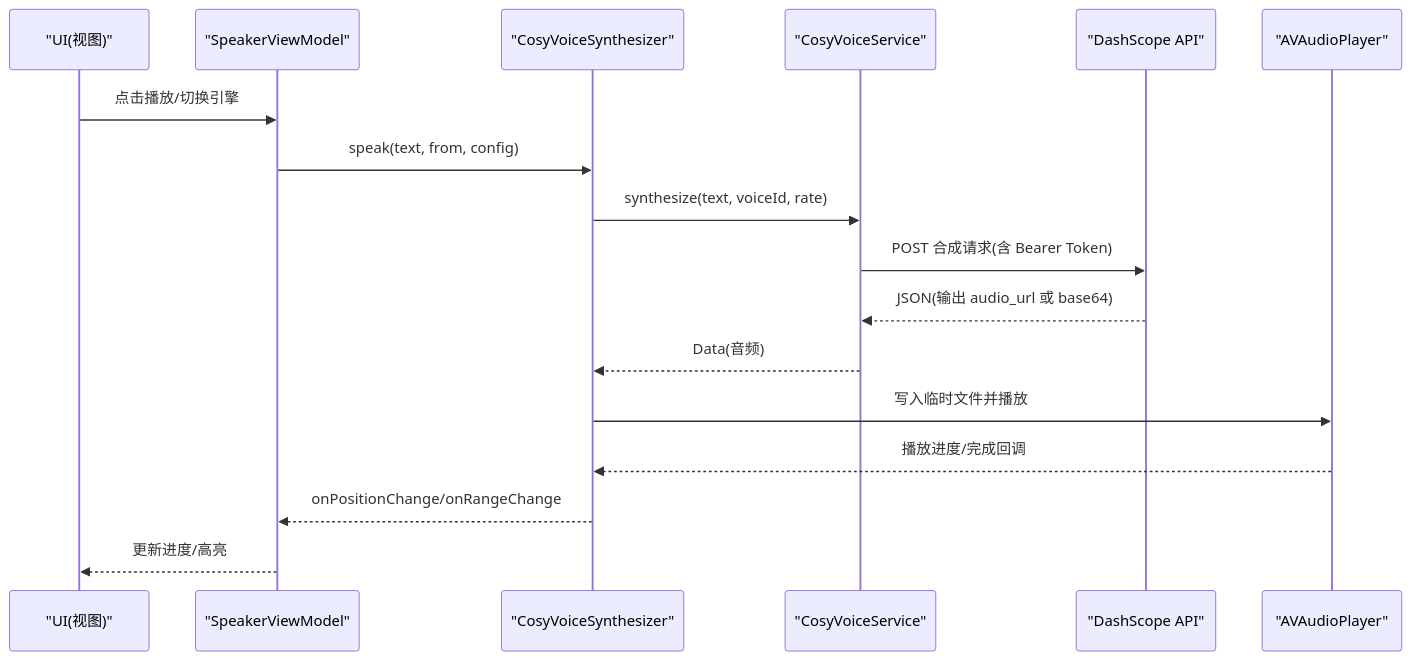
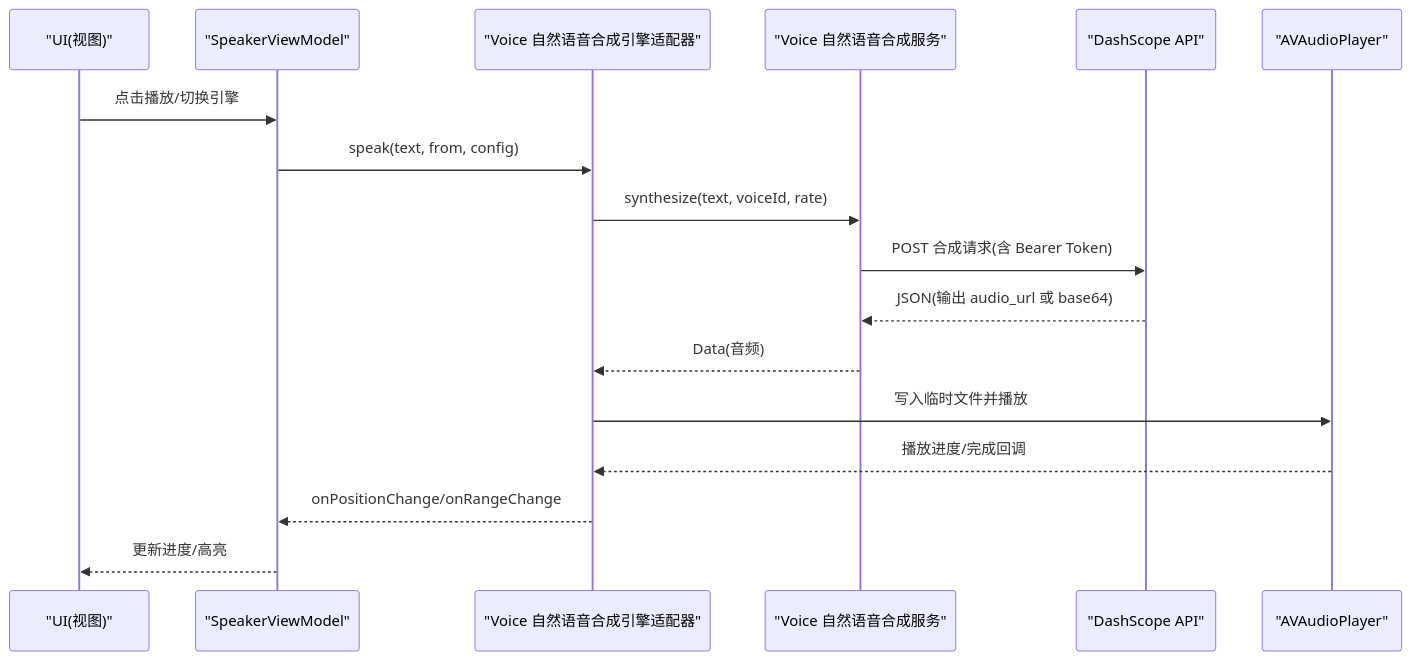
One commit to Primoguo/Knowledge changed the second of 5 diagrams in .qoder/repowiki/zh/content/架构设计/服务层设计/AI 语音合成服务.md. Above: the diagram before and after it, drawn with Mermaid. The commit also changed other lines of this file and 23 other files, not shown here.

Commit message:
refactor: remove CosyVoice TTS engine, keep Edge TTS + system TTS only

````diff
--- a/.qoder/repowiki/zh/content/架构设计/服务层设计/AI 语音合成服务.md
+++ b/.qoder/repowiki/zh/content/架构设计/服务层设计/AI 语音合成服务.md
@@ -138,19 +149,19 @@
 ```mermaid
 sequenceDiagram
 participant UI as "UI(视图)"
 participant VM as "SpeakerViewModel"
-participant Synth as "CosyVoiceSynthesizer"
-participant Svc as "CosyVoiceService"
+participant Synth as "Voice 自然语音合成引擎适配器"
+participant Svc as "Voice 自然语音合成服务"
 participant DS as "DashScope API"
 participant Player as "AVAudioPlayer"
 UI->>VM : 点击播放/切换引擎
 VM->>Synth : speak(text, from, config)
 Synth->>Svc : synthesize(text, voiceId, rate)
 Svc->>DS : POST 合成请求(含 Bearer Token)
 DS-->>Svc : JSON(输出 audio_url 或 base64)
 Svc-->>Synth : Data(音频)
 Synth->>Player : 写入临时文件并播放
 Player-->>Synth : 播放进度/完成回调
 Synth-->>VM : onPositionChange/onRangeChange
 VM-->>UI : 更新进度/高亮
 ```
````
